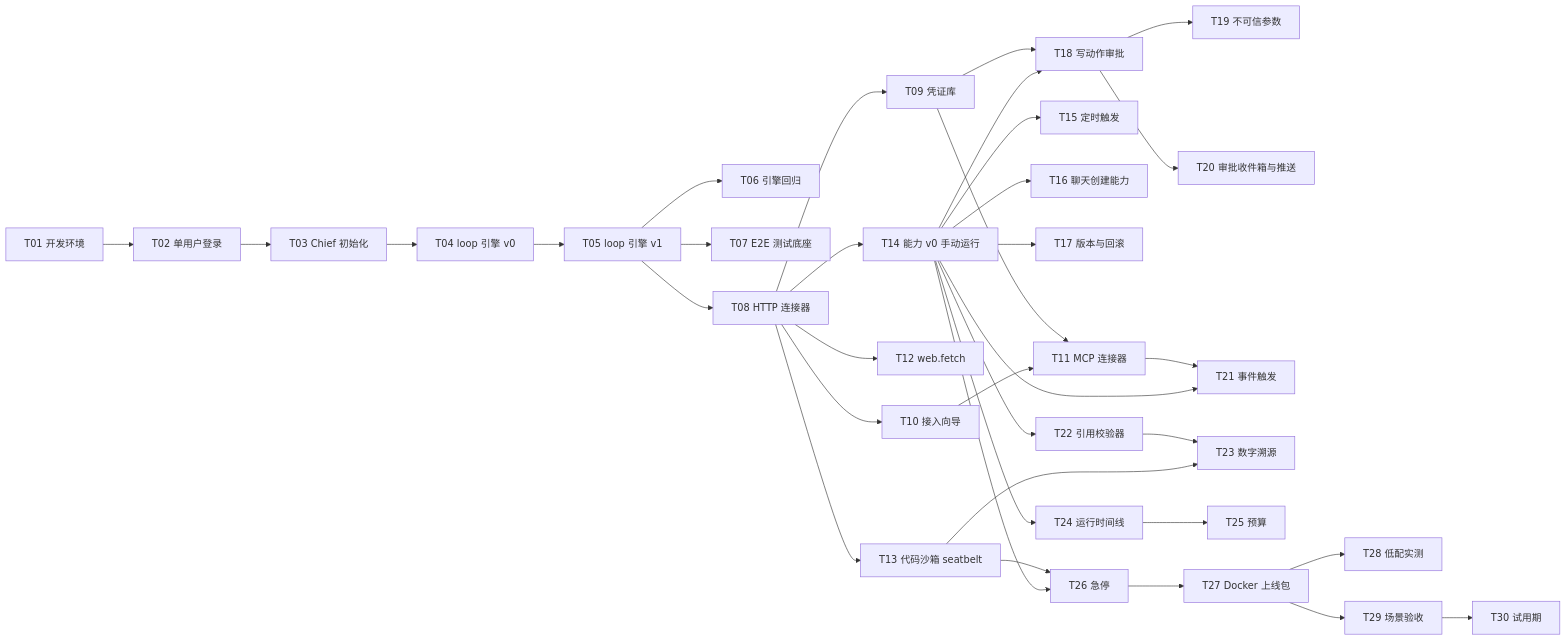
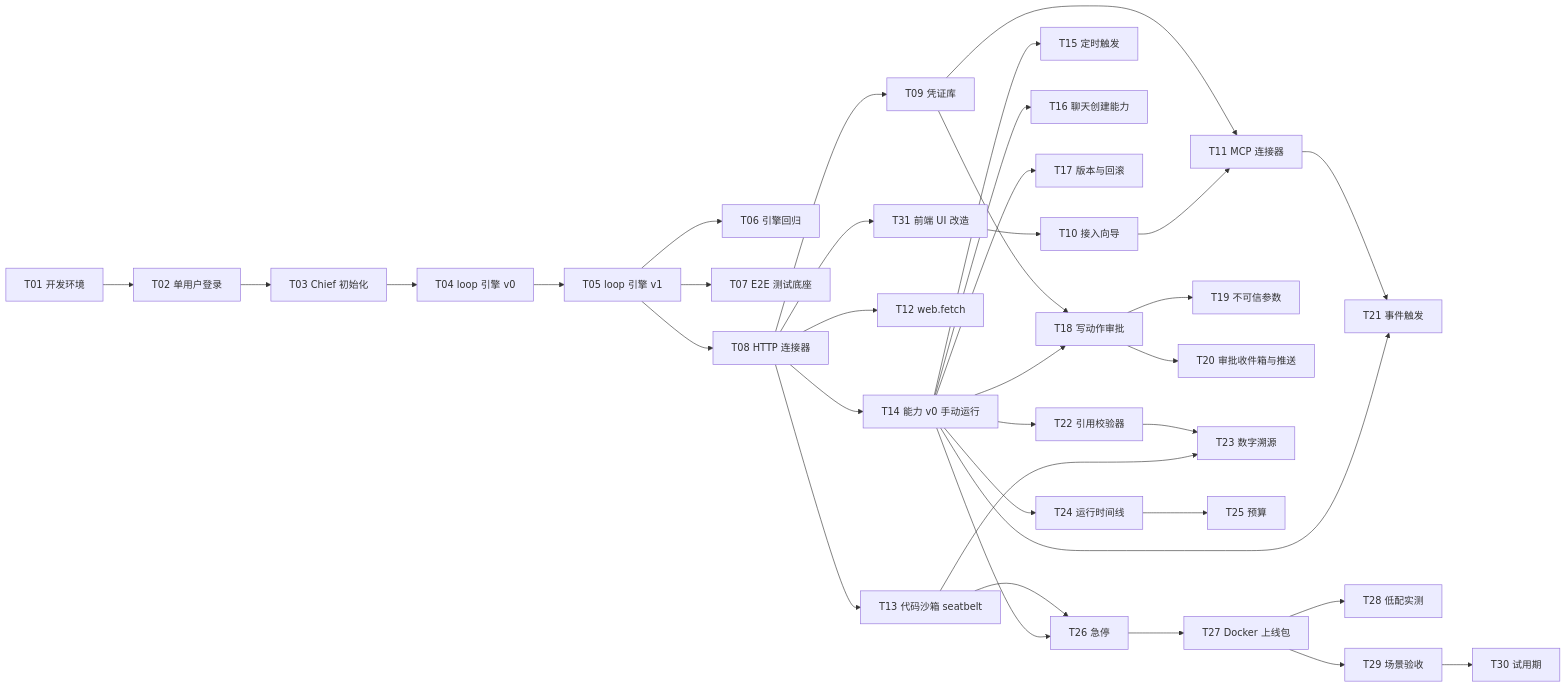
The diagram in docs/personal-bot/mvp-tasks.md (hcl-z/cumora), drawn with Mermaid before and after one commit. The commit also changed other lines of this file, not shown here.

````diff
--- a/docs/personal-bot/mvp-tasks.md
+++ b/docs/personal-bot/mvp-tasks.md
@@ -16,22 +16,23 @@
 ```mermaid
 flowchart LR
   T01[T01 开发环境] --> T02[T02 单用户登录] --> T03[T03 Chief 初始化]
   T03 --> T04[T04 loop 引擎 v0] --> T05[T05 loop 引擎 v1] --> T06[T06 引擎回归]
   T05 --> T07[T07 E2E 测试底座]
   T05 --> T08[T08 HTTP 连接器]
-  T08 --> T09[T09 凭证库] & T10[T10 接入向导]
+  T08 --> T09[T09 凭证库] & T31[T31 前端 UI 改造]
+  T31 --> T10[T10 接入向导]
   T09 & T10 --> T11[T11 MCP 连接器]
   T08 --> T12[T12 web.fetch]
   T08 --> T13[T13 代码沙箱 seatbelt]
   T08 --> T14[T14 能力 v0 手动运行]
   T14 --> T15[T15 定时触发] & T16[T16 聊天创建能力] & T17[T17 版本与回滚]
   T09 & T14 --> T18[T18 写动作审批]
   T18 --> T19[T19 不可信参数] & T20[T20 审批收件箱与推送]
   T11 & T14 --> T21[T21 事件触发]
   T14 --> T22[T22 引用校验器] --> T23[T23 数字溯源]
   T13 --> T23
   T14 --> T24[T24 运行时间线] --> T25[T25 预算]
   T13 & T14 --> T26[T26 急停]
   T26 --> T27[T27 Docker 上线包] --> T28[T28 低配实测]
   T27 --> T29[T29 场景验收] --> T30[T30 试用期]
 ```
````
